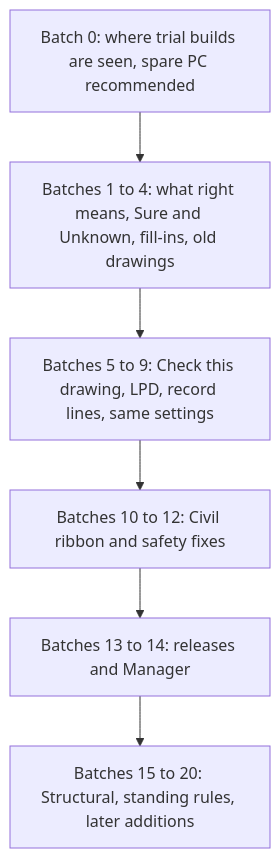
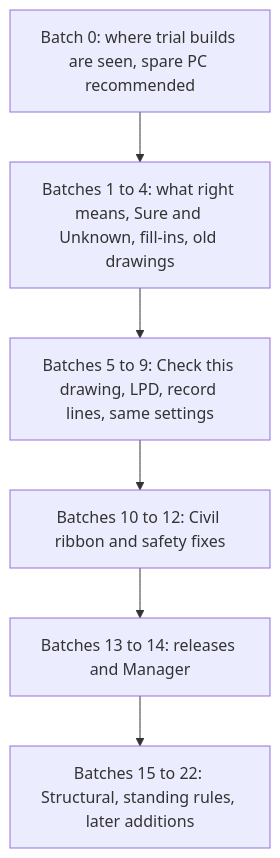
Before and after one commit to timbrand92/CE_PLAN: the diagram in areas/TRUST_QUESTIONS_FOR_TIM.md, drawn with Mermaid. The commit also changed other lines of this file and 2 other files, not shown here.

````diff
--- a/areas/TRUST_QUESTIONS_FOR_TIM.md
+++ b/areas/TRUST_QUESTIONS_FOR_TIM.md
@@ -15,8 +15,8 @@
 ```mermaid
 flowchart TD
     Z[Batch 0: where trial builds are seen, spare PC recommended] --> A
     A[Batches 1 to 4: what right means, Sure and Unknown, fill-ins, old drawings] --> B[Batches 5 to 9: Check this drawing, LPD, record lines, same settings]
     B --> C[Batches 10 to 12: Civil ribbon and safety fixes]
     C --> D[Batches 13 to 14: releases and Manager]
-    D --> E[Batches 15 to 20: Structural, standing rules, later additions]
+    D --> E[Batches 15 to 22: Structural, standing rules, later additions]
 ```
````
